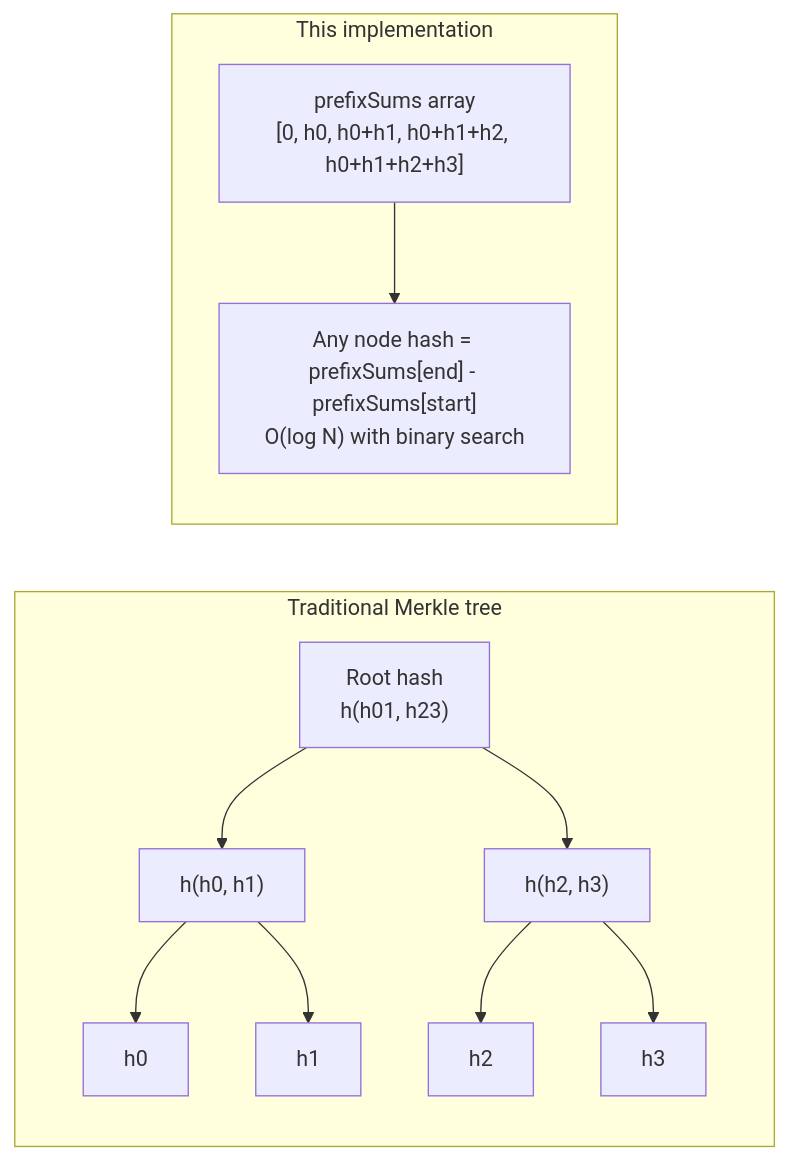
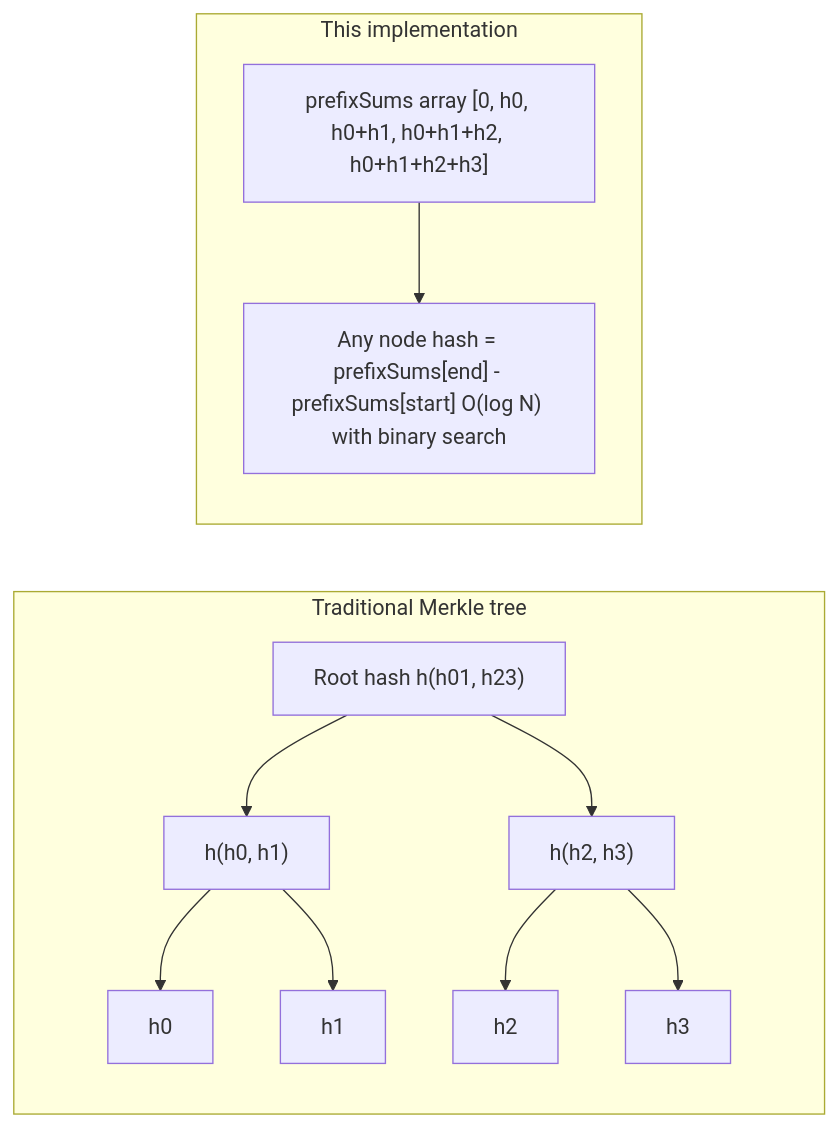
Before and after one commit to arj03/setsum-cs: the seventh of 7 diagrams in SetSum/Sync/README.md, drawn with Mermaid. The commit also changed other lines of this file and 4 other files, not shown here.

````diff
--- a/SetSum/Sync/README.md
+++ b/SetSum/Sync/README.md
@@ -279,26 +200,26 @@
 ```mermaid
 graph LR
     subgraph "Traditional Merkle tree"
         direction TB
-        R2["Root hash\nh(h01, h23)"]
+        R2["Root hash h(h01, h23)"]
         N01["h(h0, h1)"]
         N23["h(h2, h3)"]
         L0["h0"] 
         L1["h1"]
         L2["h2"]
         L3["h3"]
         R2 --> N01
         R2 --> N23
         N01 --> L0
         N01 --> L1
         N23 --> L2
         N23 --> L3
     end
 
     subgraph "This implementation"
         direction TB
-        PA["prefixSums array\n[0, h0, h0+h1, h0+h1+h2, h0+h1+h2+h3]"]
-        Q1["Any node hash = prefixSums[end] - prefixSums[start]\nO(log N) with binary search"]
+        PA["prefixSums array [0, h0, h0+h1, h0+h1+h2, h0+h1+h2+h3]"]
+        Q1["Any node hash = prefixSums[end] - prefixSums[start] O(log N) with binary search"]
         PA --> Q1
     end
 ```
````
